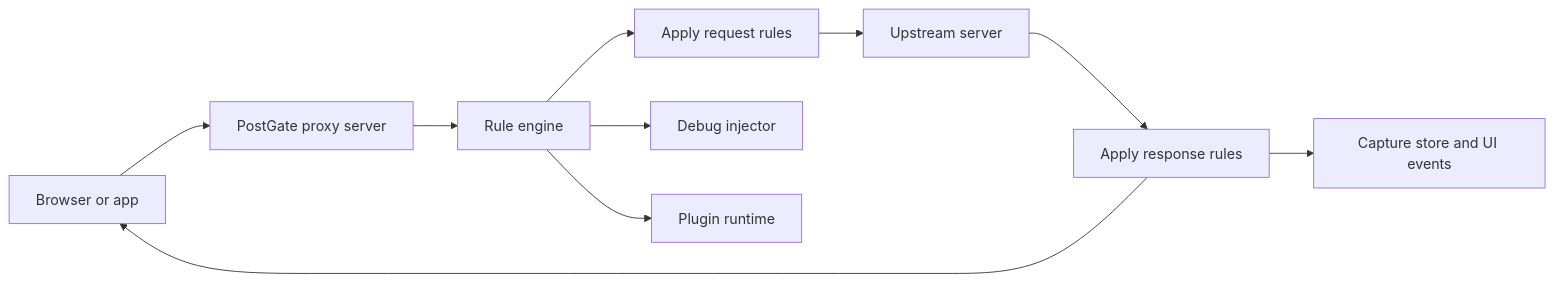
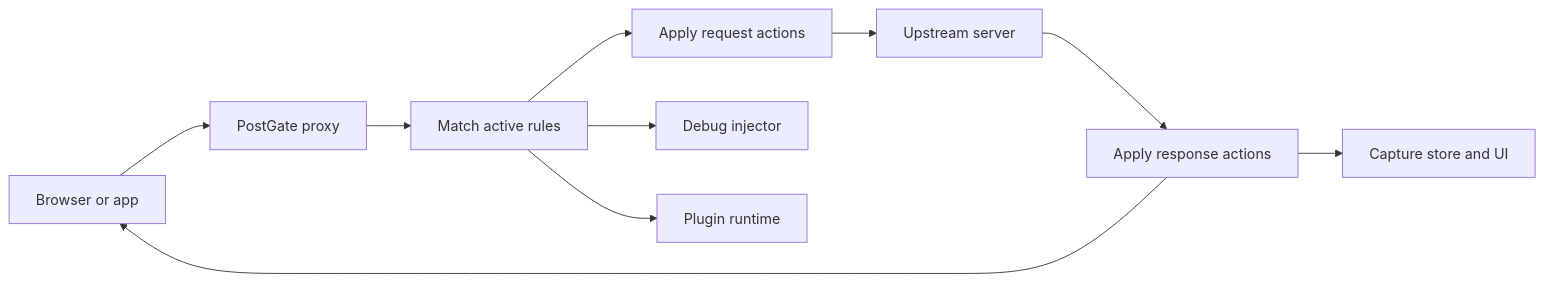
The diagram in README.md (backrunner/postgate), drawn with Mermaid before and after one commit. The commit also changed other lines of this file and 1 other file, not shown here.

````diff
--- a/README.md
+++ b/README.md
@@ -39,12 +88,12 @@
 ```mermaid
 flowchart LR
-  Client["Browser or app"] --> Proxy["PostGate proxy server"]
-  Proxy --> Rules["Rule engine"]
-  Rules --> RequestRules["Apply request rules"]
-  RequestRules --> Upstream["Upstream server"]
-  Upstream --> ResponseRules["Apply response rules"]
-  ResponseRules --> Client
-  ResponseRules --> Capture["Capture store and UI events"]
-  Rules --> Debug["Debug injector"]
-  Rules --> Plugins["Plugin runtime"]
+  Client["Browser or app"] --> Proxy["PostGate proxy"]
+  Proxy --> Match["Match active rules"]
+  Match --> Request["Apply request actions"]
+  Request --> Upstream["Upstream server"]
+  Upstream --> Response["Apply response actions"]
+  Response --> Client
+  Response --> Capture["Capture store and UI"]
+  Match --> Debug["Debug injector"]
+  Match --> Plugins["Plugin runtime"]
 ```
````
